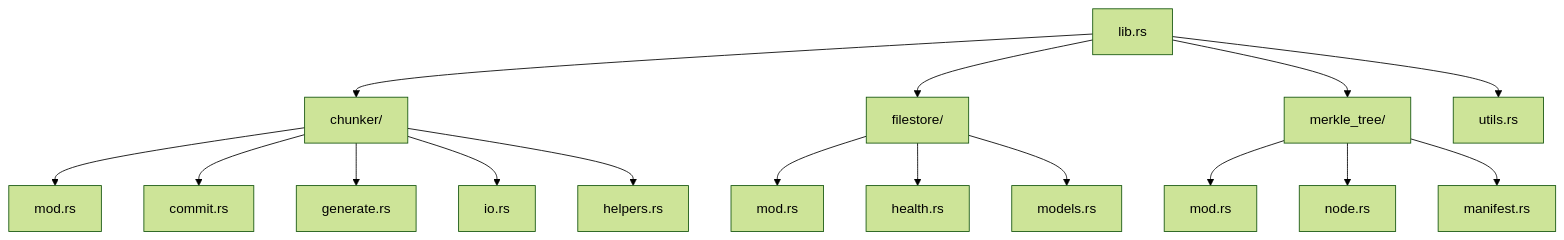
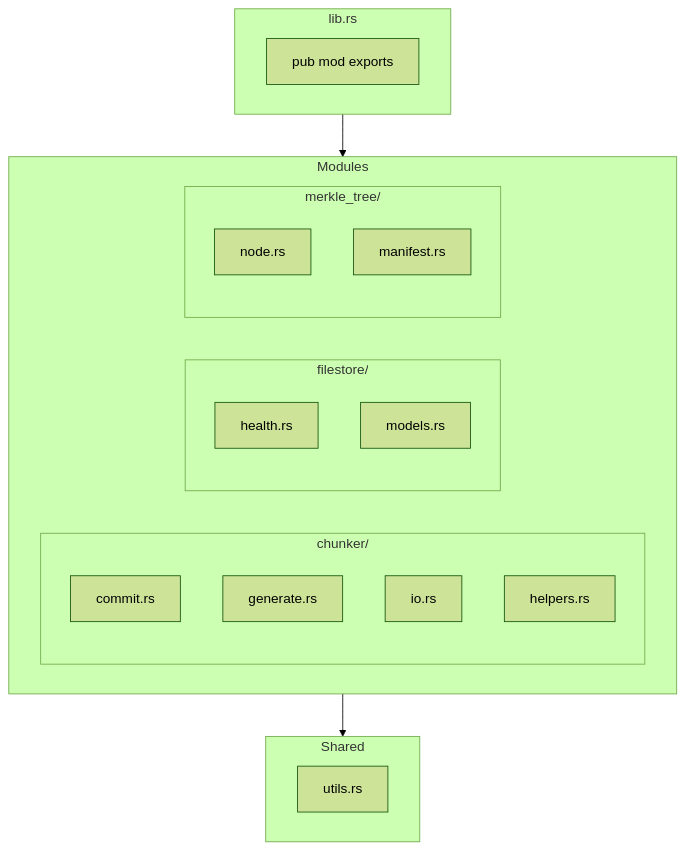
Before and after one commit to crushr3sist/blockframe-rs: the fifth of 5 diagrams in readme.md, drawn with Mermaid (forest theme). The commit also changed other lines of this file, not shown here.

Commit message:
docs: redesign mermaid diagrams with systems design style layout

````diff
--- a/readme.md
+++ b/readme.md
@@ -140,21 +208,31 @@
 ```mermaid
-flowchart TD
-    LIB[lib.rs] --> CHUNKER[chunker/]
-    LIB --> FILESTORE[filestore/]
-    LIB --> MERKLE[merkle_tree/]
-    LIB --> UTILS[utils.rs]
+flowchart TB
+    subgraph Library["lib.rs"]
+        LIB["pub mod exports"]
+    end
 
-    CHUNKER --> C1[mod.rs]
-    CHUNKER --> C2[commit.rs]
-    CHUNKER --> C3[generate.rs]
-    CHUNKER --> C4[io.rs]
-    CHUNKER --> C5[helpers.rs]
+    subgraph Modules
+        direction LR
+        subgraph chunker["chunker/"]
+            C1["commit.rs"]
+            C2["generate.rs"]
+            C3["io.rs"]
+            C4["helpers.rs"]
+        end
+        subgraph filestore["filestore/"]
+            F1["health.rs"]
+            F2["models.rs"]
+        end
+        subgraph merkle["merkle_tree/"]
+            M1["node.rs"]
+            M2["manifest.rs"]
+        end
+    end
 
-    FILESTORE --> F1[mod.rs]
-    FILESTORE --> F2[health.rs]
-    FILESTORE --> F3[models.rs]
+    subgraph Shared["Shared"]
+        U["utils.rs"]
+    end
 
-    MERKLE --> M1[mod.rs]
-    MERKLE --> M2[node.rs]
-    MERKLE --> M3[manifest.rs]
+    Library --> Modules
+    Modules --> Shared
 ```
````
